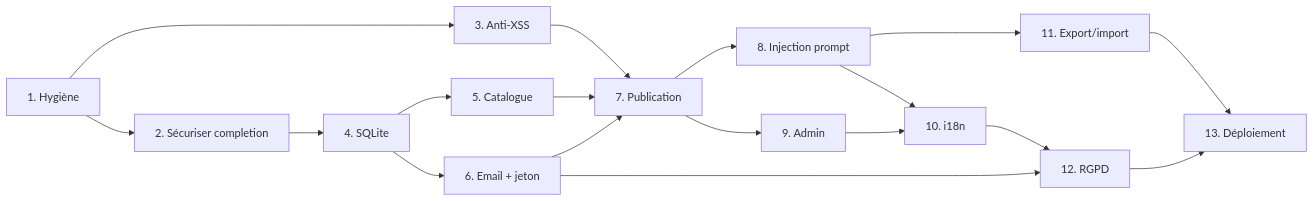
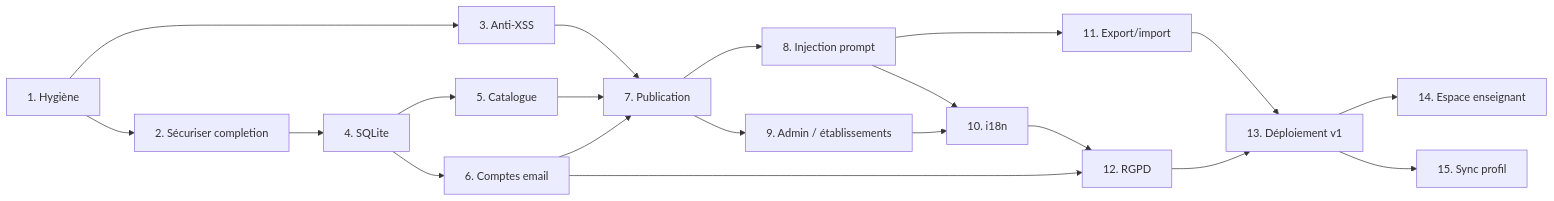
One commit to 4nd4ny/EduChat changed the diagram in planning/README.md. Above: the diagram before and after it, drawn with Mermaid. The commit also changed other lines of this file and 16 other files, not shown here.

````diff
--- a/planning/README.md
+++ b/planning/README.md
@@ -31,20 +33,22 @@
 ```mermaid
 graph LR
   E1[1. Hygiène] --> E2[2. Sécuriser completion]
   E1 --> E3[3. Anti-XSS]
   E2 --> E4[4. SQLite]
   E4 --> E5[5. Catalogue]
-  E4 --> E6[6. Email + jeton]
+  E4 --> E6[6. Comptes email]
   E3 --> E7[7. Publication]
   E5 --> E7
   E6 --> E7
   E7 --> E8[8. Injection prompt]
-  E7 --> E9[9. Admin]
+  E7 --> E9[9. Admin / établissements]
   E8 --> E10[10. i18n]
   E9 --> E10
   E8 --> E11[11. Export/import]
   E10 --> E12[12. RGPD]
   E6 --> E12
-  E11 --> E13[13. Déploiement]
+  E11 --> E13[13. Déploiement v1]
   E12 --> E13
+  E13 --> E14[14. Espace enseignant]
+  E13 --> E15[15. Sync profil]
 ```
````
